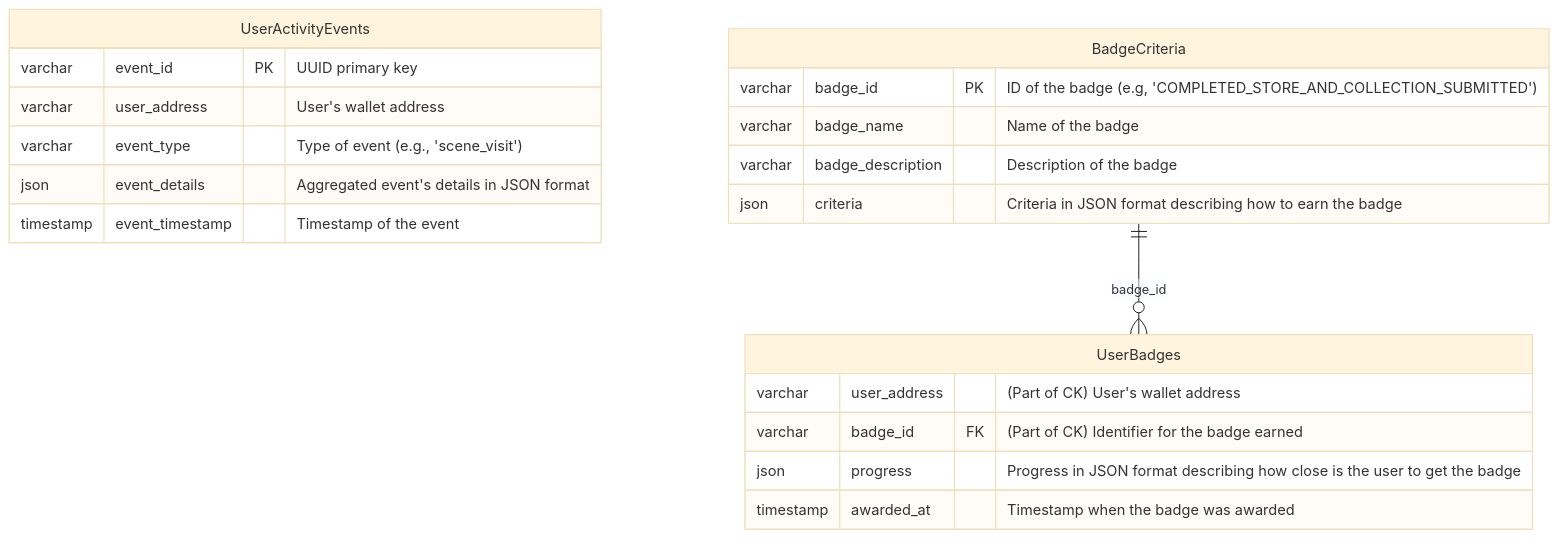
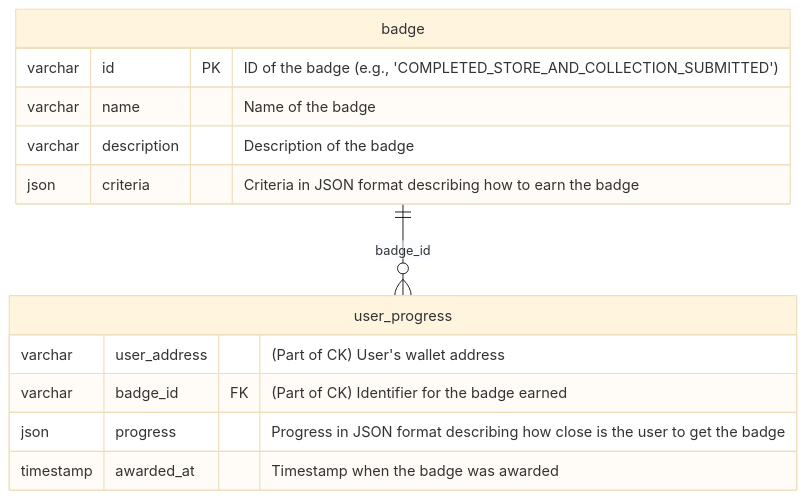
Before and after one commit to decentraland/badges: the diagram in README.md, drawn with Mermaid (base theme).

Commit message:
chore: update mermaid

````diff
--- a/README.md
+++ b/README.md
@@ -5,24 +5,17 @@
 ```mermaid
 erDiagram
-    UserActivityEvents {
-        varchar event_id PK "UUID primary key"
-        varchar user_address "User's wallet address"
-        varchar event_type "Type of event (e.g., 'scene_visit')"
-        json event_details "Aggregated event's details in JSON format"
-        timestamp event_timestamp "Timestamp of the event"
-    }
-    BadgeCriteria {
-        varchar badge_id PK "ID of the badge (e.g, 'COMPLETED_STORE_AND_COLLECTION_SUBMITTED')"
-        varchar badge_name "Name of the badge"
-        varchar badge_description "Description of the badge"
-        json criteria "Criteria in JSON format describing how to earn the badge"
-    }
-    UserBadges {
+    user_progress {
         varchar user_address "(Part of CK) User's wallet address"
         varchar badge_id FK "(Part of CK) Identifier for the badge earned"
         json progress "Progress in JSON format describing how close is the user to get the badge"
         timestamp awarded_at "Timestamp when the badge was awarded"
     }
+    badge {
+        varchar id PK "ID of the badge (e.g., 'COMPLETED_STORE_AND_COLLECTION_SUBMITTED')"
+        varchar name "Name of the badge"
+        varchar description "Description of the badge"
+        json criteria "Criteria in JSON format describing how to earn the badge"
+    }
 
-    BadgeCriteria ||--o{ UserBadges : "badge_id"
+    badge ||--o{ user_progress : "badge_id"
 ```
````
